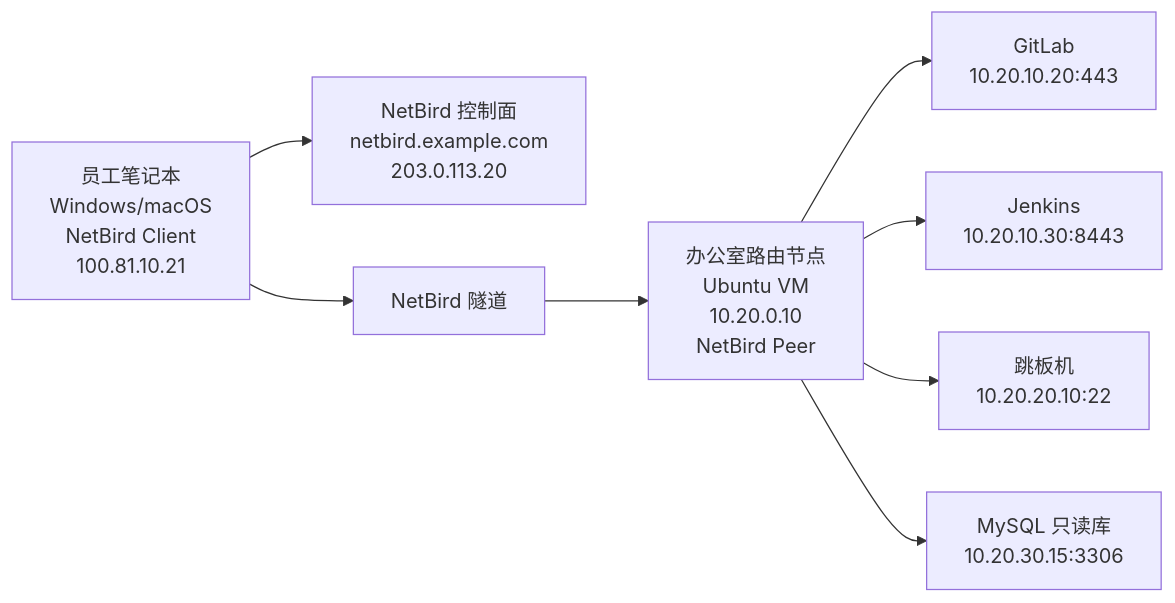
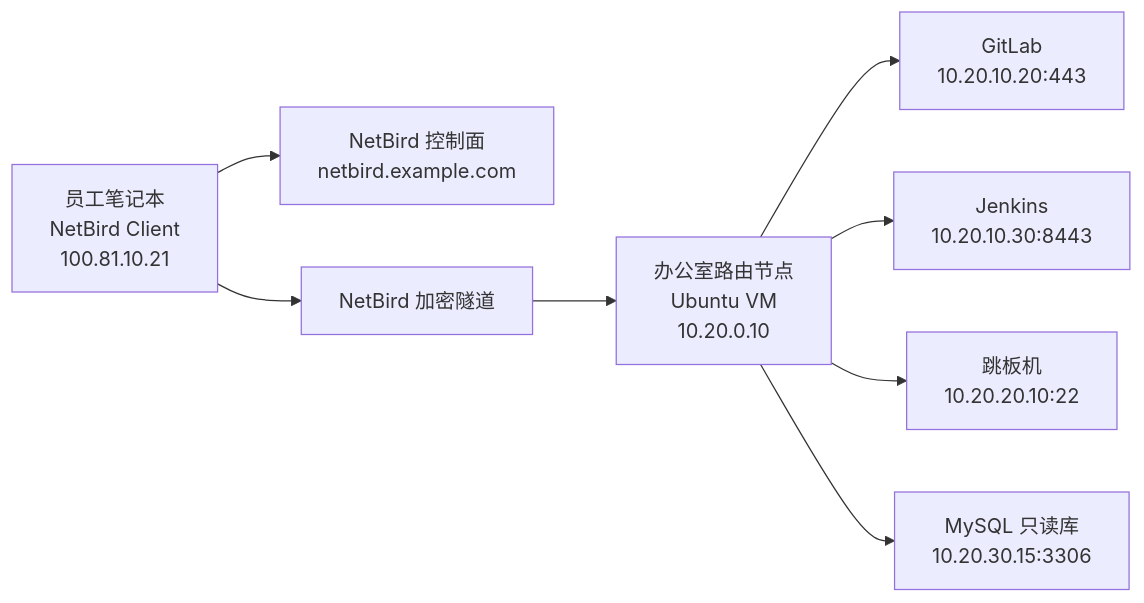
One commit to seaworld008/netbird-vpn changed the diagram in docs/cases/01-openvpn-replacement.md. Above: the diagram before and after it, drawn with Mermaid. The commit also changed other lines of this file and 14 other files, not shown here.

````diff
--- a/docs/cases/01-openvpn-replacement.md
+++ b/docs/cases/01-openvpn-replacement.md
@@ -22,10 +32,10 @@
 ```mermaid
 flowchart LR
-    U["员工笔记本\nWindows/macOS\nNetBird Client\n100.81.10.21"] --> NB["NetBird 控制面\nnetbird.example.com\n203.0.113.20"]
-    U --> WG["NetBird 隧道"]
-    WG --> GW["办公室路由节点\nUbuntu VM\n10.20.0.10\nNetBird Peer"]
+    U["员工笔记本\nNetBird Client\n100.81.10.21"] --> NB["NetBird 控制面\nnetbird.example.com"]
+    U --> WG["NetBird 加密隧道"]
+    WG --> GW["办公室路由节点\nUbuntu VM\n10.20.0.10"]
     GW --> GIT["GitLab\n10.20.10.20:443"]
     GW --> JENKINS["Jenkins\n10.20.10.30:8443"]
     GW --> BASTION["跳板机\n10.20.20.10:22"]
     GW --> DB["MySQL 只读库\n10.20.30.15:3306"]
 ```
````
